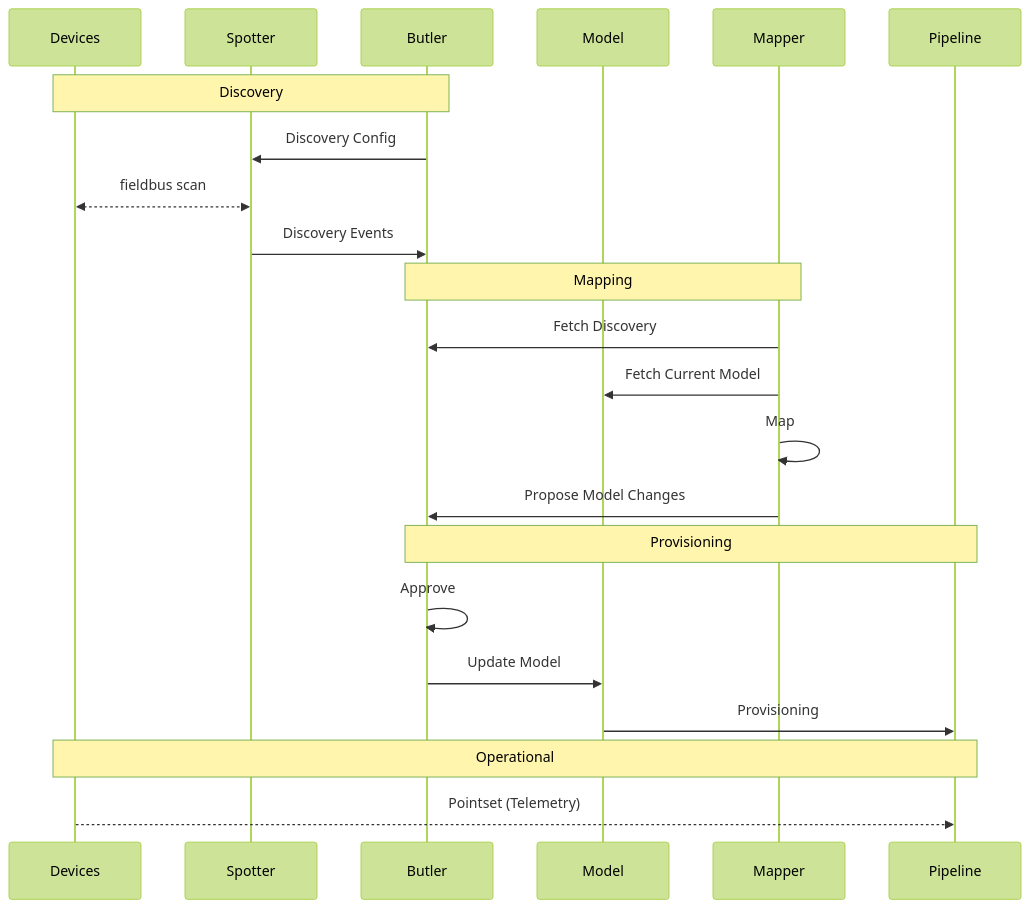
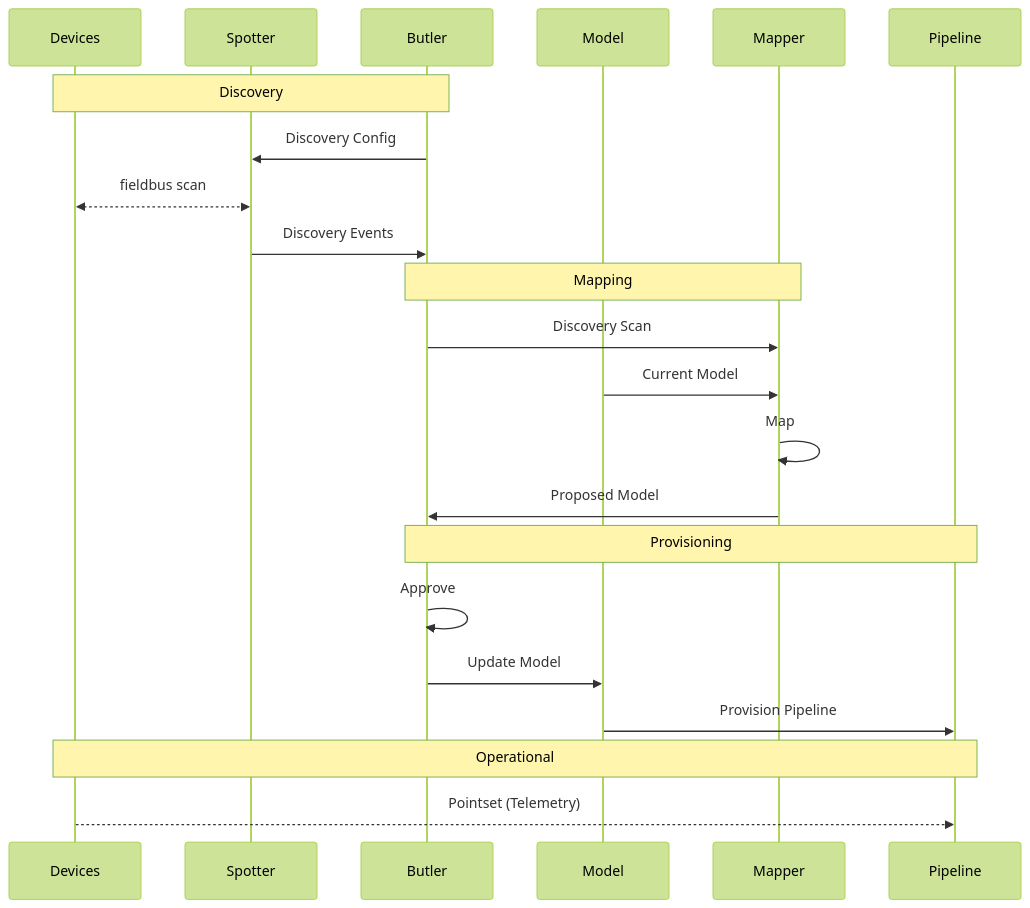
One commit to grafnu/udmi changed the second of 2 diagrams in docs/specs/onboarding.md. Above: the diagram before and after it, drawn with Mermaid (forest theme).

Commit message:
Update mapping and provisioning sequence diagram labels in onboarding.md

````diff
--- a/docs/specs/onboarding.md
+++ b/docs/specs/onboarding.md
@@ -58,25 +58,25 @@
 ```mermaid
 sequenceDiagram
   %%{wrap}%%
   participant Devices
   participant Spotter
   participant Butler
   participant Model
   participant Mapper
   participant Pipeline
   Note over Devices, Butler: Discovery
   Butler->>Spotter: Discovery Config
   Devices<<-->>Spotter: fieldbus scan
   Spotter->>Butler: Discovery Events
   Note over Butler, Mapper: Mapping
-  Mapper->>Butler: Fetch Discovery
-  Mapper->>Model: Fetch Current Model
+  Butler->>Mapper: Discovery Scan
+  Model->>Mapper: Current Model
   Mapper->>Mapper: Map
-  Mapper->>Butler: Propose Model Changes
+  Mapper->>Butler: Proposed Model
   Note over Butler, Pipeline: Provisioning
   Butler->>Butler: Approve
   Butler->>Model: Update Model
-  Model->>Pipeline: Provisioning
+  Model->>Pipeline: Provision Pipeline
   Note over Devices, Pipeline: Operational
   Devices-->>Pipeline: Pointset (Telemetry)
 ```
````
